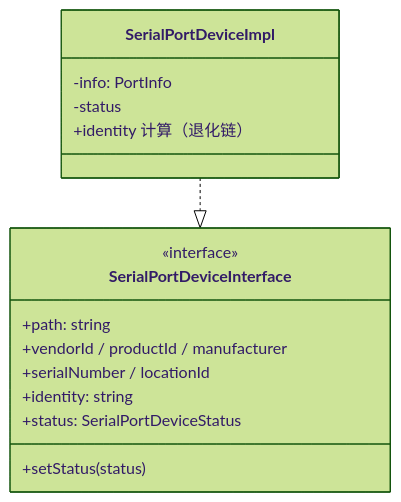
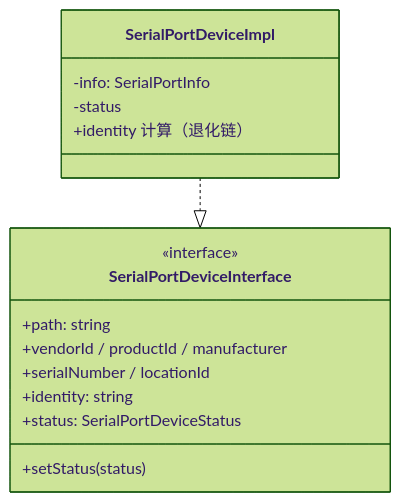
Before and after one commit to ziqiang-zhu/vscode-serial-port-terminal: the first of 3 diagrams in doc/SerialPortDeviceDetector设计.md, drawn with Mermaid (forest theme). The commit also changed other lines of this file and 10 other files, not shown here.

````diff
--- a/doc/SerialPortDeviceDetector设计.md
+++ b/doc/SerialPortDeviceDetector设计.md
@@ -17,18 +19,18 @@
 ```mermaid
 classDiagram
     class SerialPortDeviceInterface {
         <<interface>>
         +path: string
         +vendorId / productId / manufacturer
         +serialNumber / locationId
         +identity: string
         +status: SerialPortDeviceStatus
         +setStatus(status)
     }
     class SerialPortDeviceImpl {
-        -info: PortInfo
+        -info: SerialPortInfo
         -status
         +identity 计算（退化链）
     }
     SerialPortDeviceImpl ..|> SerialPortDeviceInterface
 ```
````
